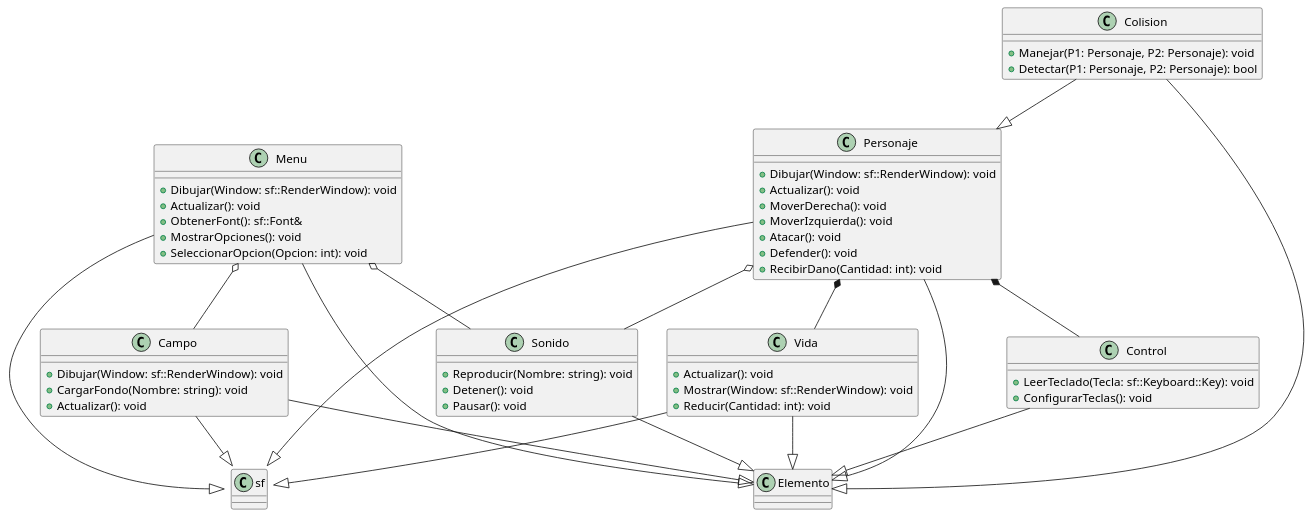
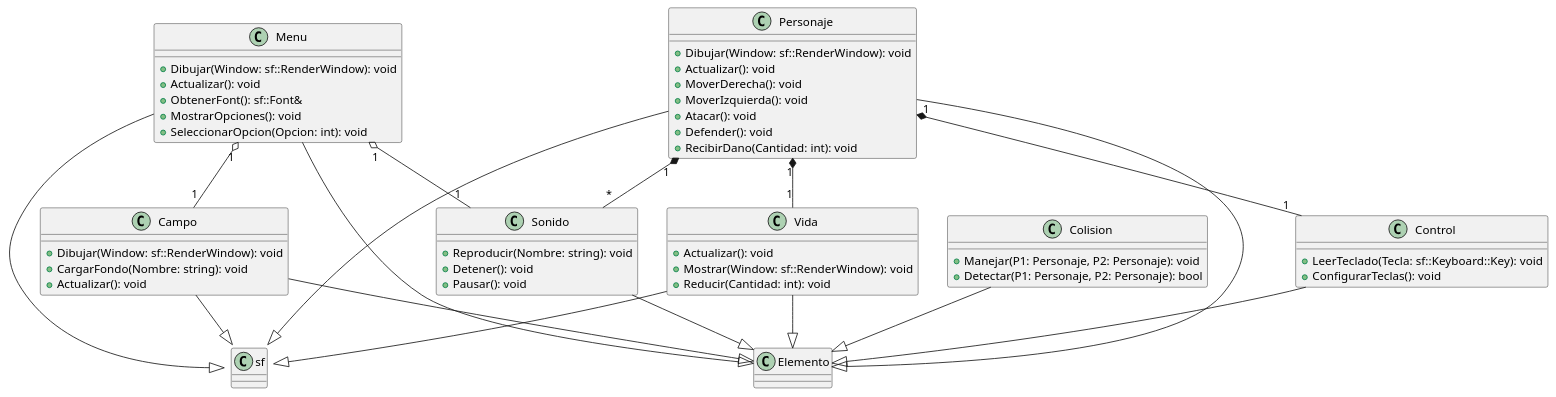
One commit to Cabrales040104/Cobra-Kai- changed the diagram in documento/diagrama.puml. Above: the diagram before and after it, drawn with PlantUML.

Commit message:
correccion 15.1

```diff
--- a/documento/diagrama.puml
+++ b/documento/diagrama.puml
@@ -1,73 +1,72 @@
 @startuml
 class Menu
 class Campo
 class Control
 class Personaje
 class Colision
 class Sonido
 class Vida
 
 class Menu {
   +Dibujar(Window: sf::RenderWindow): void
   +Actualizar(): void
   +ObtenerFont(): sf::Font&
   +MostrarOpciones(): void
   +SeleccionarOpcion(Opcion: int): void
 }
 
 class Campo {
   +Dibujar(Window: sf::RenderWindow): void
   +CargarFondo(Nombre: string): void
   +Actualizar(): void
 }
 
 class Control {
   +LeerTeclado(Tecla: sf::Keyboard::Key): void
   +ConfigurarTeclas(): void
 }
 
 class Personaje {
   +Dibujar(Window: sf::RenderWindow): void
   +Actualizar(): void
   +MoverDerecha(): void
   +MoverIzquierda(): void
   +Atacar(): void
   +Defender(): void
   +RecibirDano(Cantidad: int): void
 }
 
 class Colision {
   +Manejar(P1: Personaje, P2: Personaje): void
   +Detectar(P1: Personaje, P2: Personaje): bool
 }
 
 class Vida {
   +Actualizar(): void
   +Mostrar(Window: sf::RenderWindow): void
   +Reducir(Cantidad: int): void
 }
 
 class Sonido {
   +Reproducir(Nombre: string): void
   +Detener(): void
   +Pausar(): void
 }
 
-Menu o-- Campo
-Menu o-- Sonido
-Personaje o-- Sonido
-Personaje *-- Control
-Personaje *-- Vida
-Colision --|> Personaje
+Menu "1" o-- "1" Campo
+Menu "1" o-- "1" Sonido
+Personaje "1" *-- "1" Control
+Personaje "1" *-- "1" Vida
+Personaje "1" *-- "*" Sonido
 Campo --|> sf::RenderWindow
 Menu --|> sf::RenderWindow
 Vida --|> sf::RenderWindow
 Personaje --|> sf::RenderWindow
 Menu --|> Elemento
 Campo --|> Elemento
 Control --|> Elemento
 Personaje --|> Elemento
 Colision --|> Elemento
 Vida --|> Elemento
 Sonido --|> Elemento
 @enduml
```
